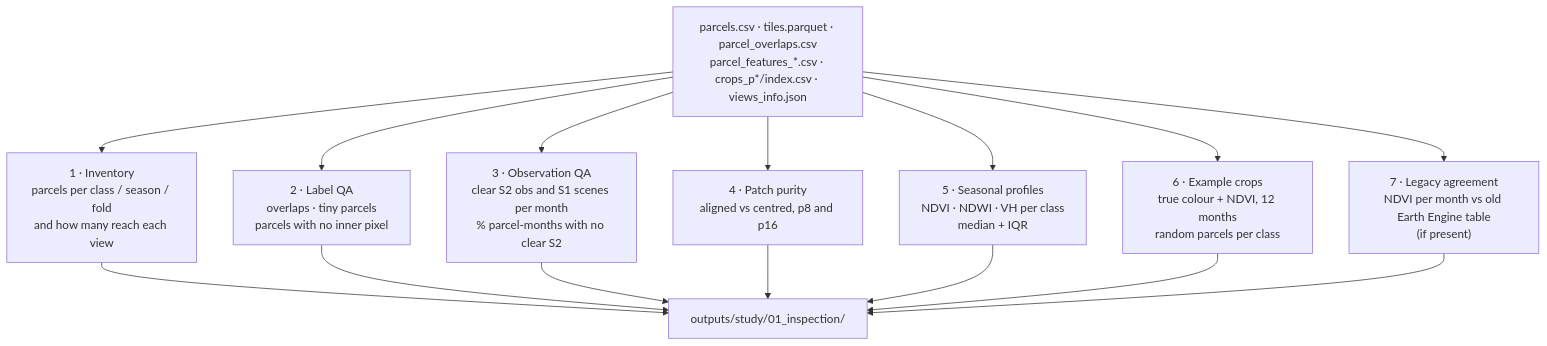
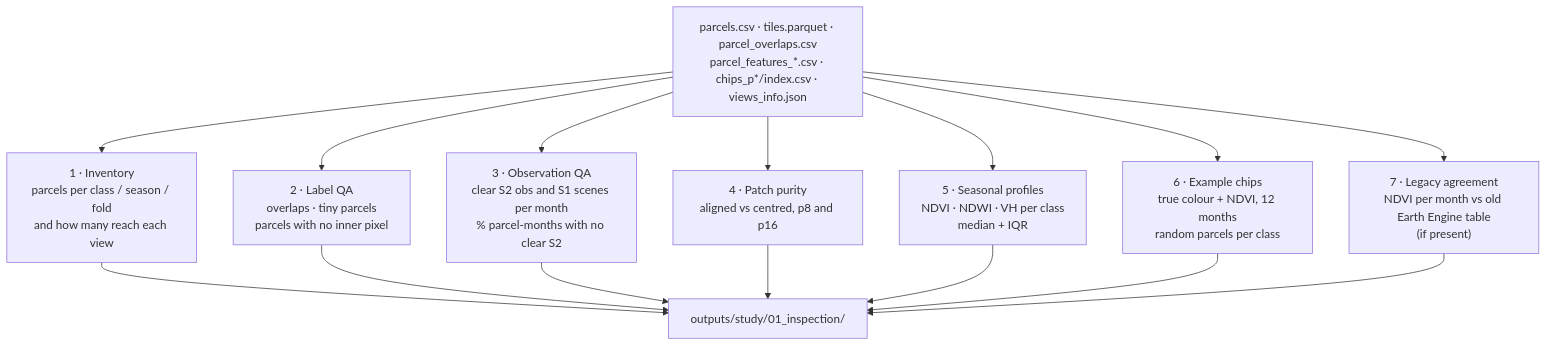
The third of 10 diagrams in models_run/README.md (amanchry/irrimapping-geofm), drawn with Mermaid before and after one commit. The commit also changed other lines of this file and 14 other files, not shown here.

````diff
--- a/models_run/README.md
+++ b/models_run/README.md
@@ -118,11 +157,11 @@
 ```mermaid
 flowchart TD
-    IN["parcels.csv · tiles.parquet · parcel_overlaps.csv<br/>parcel_features_*.csv · crops_p*/index.csv · views_info.json"] --> S1["1 · Inventory<br/>parcels per class / season / fold<br/>and how many reach each view"]
+    IN["parcels.csv · tiles.parquet · parcel_overlaps.csv<br/>parcel_features_*.csv · chips_p*/index.csv · views_info.json"] --> S1["1 · Inventory<br/>parcels per class / season / fold<br/>and how many reach each view"]
     IN --> S2["2 · Label QA<br/>overlaps · tiny parcels<br/>parcels with no inner pixel"]
     IN --> S3["3 · Observation QA<br/>clear S2 obs and S1 scenes per month<br/>% parcel-months with no clear S2"]
     IN --> S4["4 · Patch purity<br/>aligned vs centred, p8 and p16"]
     IN --> S5["5 · Seasonal profiles<br/>NDVI · NDWI · VH per class<br/>median + IQR"]
-    IN --> S6["6 · Example crops<br/>true colour + NDVI, 12 months<br/>random parcels per class"]
+    IN --> S6["6 · Example chips<br/>true colour + NDVI, 12 months<br/>random parcels per class"]
     IN --> S7["7 · Legacy agreement<br/>NDVI per month vs old Earth Engine table<br/>(if present)"]
     S1 & S2 & S3 & S4 & S5 & S6 & S7 --> OUT["outputs/study/01_inspection/"]
 ```
````
